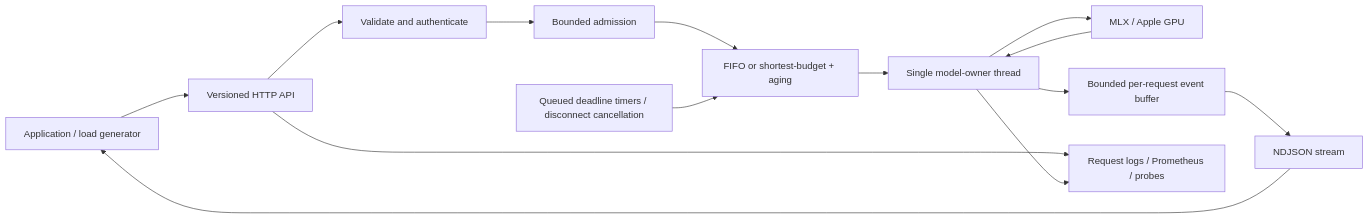
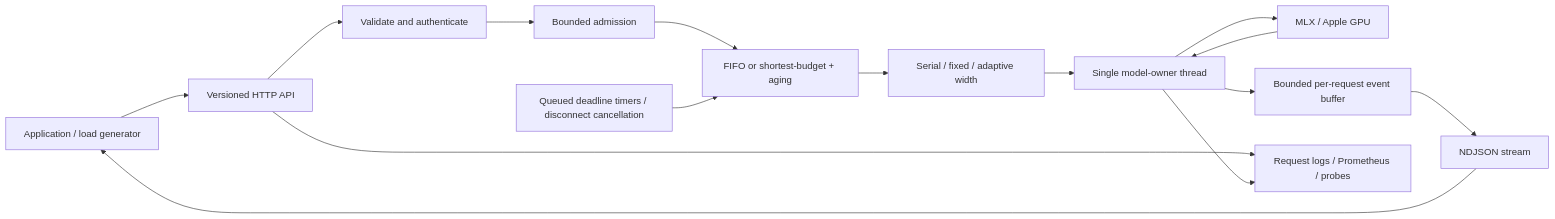
The diagram in ARCHITECTURE.md (Codingaditya17/tensorpilot), drawn with Mermaid before and after one commit. The commit also changed other lines of this file and 25 other files, not shown here.

````diff
--- a/ARCHITECTURE.md
+++ b/ARCHITECTURE.md
@@ -3,16 +3,17 @@
 ```mermaid
 flowchart LR
     App[Application / load generator] --> HTTP[Versioned HTTP API]
     HTTP --> Validate[Validate and authenticate]
     Validate --> Admit[Bounded admission]
     Admit --> Queue[FIFO or shortest-budget + aging]
-    Queue --> Worker[Single model-owner thread]
+    Queue --> Width[Serial / fixed / adaptive width]
+    Width --> Worker[Single model-owner thread]
     Worker --> MLX[MLX / Apple GPU]
     MLX --> Worker
     Worker --> Buffer[Bounded per-request event buffer]
     Buffer --> Stream[NDJSON stream]
     Stream --> App
     Deadline[Queued deadline timers / disconnect cancellation] --> Queue
     HTTP --> Ops[Request logs / Prometheus / probes]
     Worker --> Ops
 ```
````
